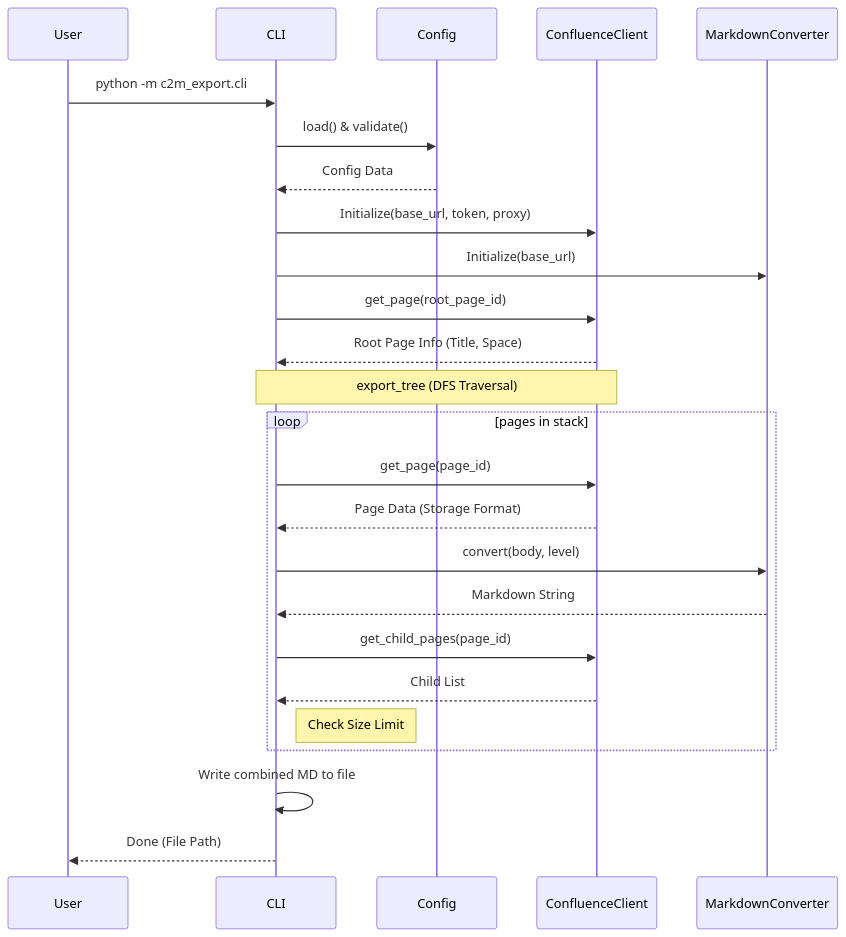
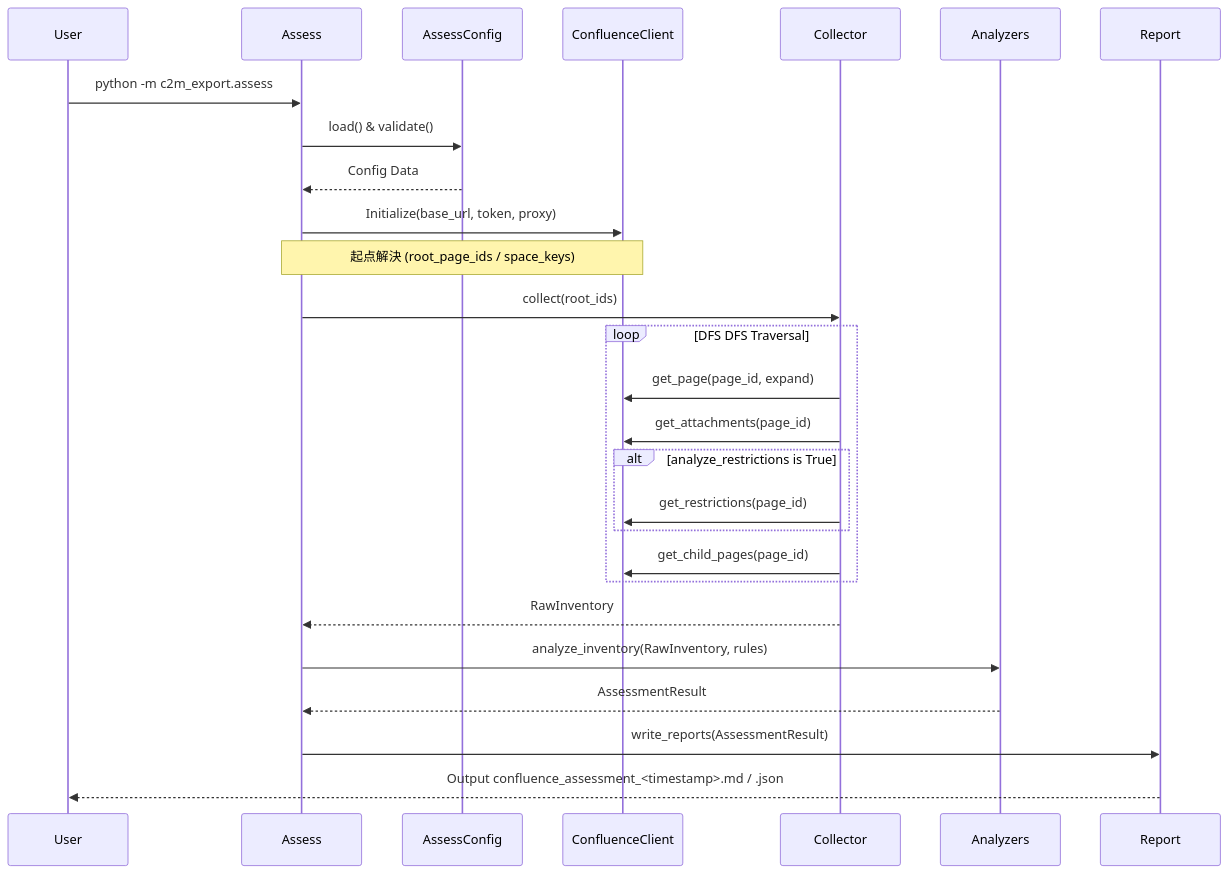
The third of 4 diagrams in README_DEV.md (masanori-satake/C2M-Export), drawn with Mermaid before and after one commit. The commit also changed other lines of this file and 41 other files, not shown here.

First line of the commit message:
Confluence アセスメント機能の実装（0003_confluence_assessment） (#22)

````diff
--- a/README_DEV.md
+++ b/README_DEV.md
@@ -99,31 +143,34 @@
 ```mermaid
 sequenceDiagram
     participant User
-    participant CLI
-    participant Config
+    participant Assess
+    participant AssessConfig
     participant Client as ConfluenceClient
-    participant Conv as MarkdownConverter
+    participant Collector
+    participant Analyzers
+    participant Report
 
-    User->>CLI: python -m c2m_export.cli
-    CLI->>Config: load() & validate()
-    Config-->>CLI: Config Data
-    CLI->>Client: Initialize(base_url, token, proxy)
-    CLI->>Conv: Initialize(base_url)
+    User->>Assess: python -m c2m_export.assess
+    Assess->>AssessConfig: load() & validate()
+    AssessConfig-->>Assess: Config Data
+    Assess->>Client: Initialize(base_url, token, proxy)
 
-    CLI->>Client: get_page(root_page_id)
-    Client-->>CLI: Root Page Info (Title, Space)
+    Note over Assess, Client: 起点解決 (root_page_ids / space_keys)
+    Assess->>Collector: collect(root_ids)
 
-    Note over CLI, Client: export_tree (DFS Traversal)
-    loop pages in stack
-        CLI->>Client: get_page(page_id)
-        Client-->>CLI: Page Data (Storage Format)
-        CLI->>Conv: convert(body, level)
-        Conv-->>CLI: Markdown String
-        CLI->>Client: get_child_pages(page_id)
-        Client-->>CLI: Child List
-        Note right of CLI: Check Size Limit
+    loop DFS DFS Traversal
+        Collector->>Client: get_page(page_id, expand)
+        Collector->>Client: get_attachments(page_id)
+        alt analyze_restrictions is True
+            Collector->>Client: get_restrictions(page_id)
+        end
+        Collector->>Client: get_child_pages(page_id)
     end
+    Collector-->>Assess: RawInventory
 
-    CLI->>CLI: Write combined MD to file
-    CLI-->>User: Done (File Path)
+    Assess->>Analyzers: analyze_inventory(RawInventory, rules)
+    Analyzers-->>Assess: AssessmentResult
+
+    Assess->>Report: write_reports(AssessmentResult)
+    Report-->>User: Output confluence_assessment_<timestamp>.md / .json
 ```
````
